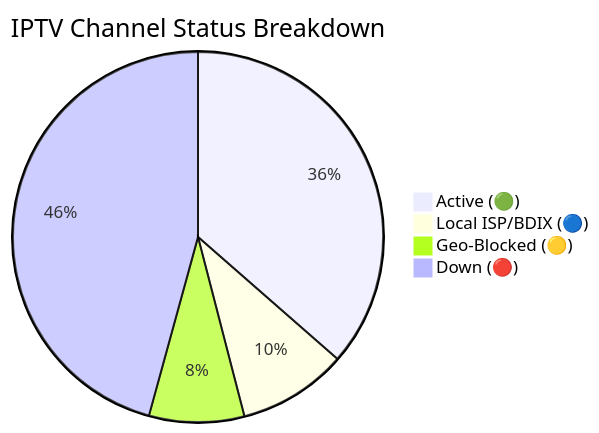
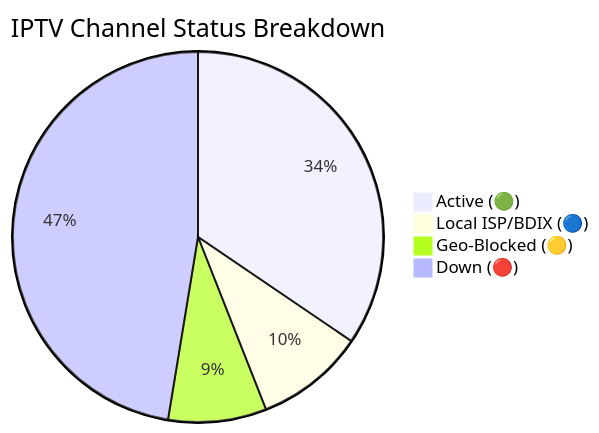
Before and after one commit to andreataylord/Ip-tv-Collection: the diagram in README.md, drawn with Mermaid. The commit also changed other lines of this file and 1 other file, not shown here.

Commit message:
docs(readme): auto-update daily channel status chart

````diff
--- a/README.md
+++ b/README.md
@@ -59,7 +59,7 @@
 ```mermaid
 pie title IPTV Channel Status Breakdown
-    "Active (🟢)" : 2938
+    "Active (🟢)" : 2781
     "Local ISP/BDIX (🔵)" : 768
-    "Geo-Blocked (🟡)" : 669
-    "Down (🔴)" : 3687
+    "Geo-Blocked (🟡)" : 691
+    "Down (🔴)" : 3822
 ```
````
